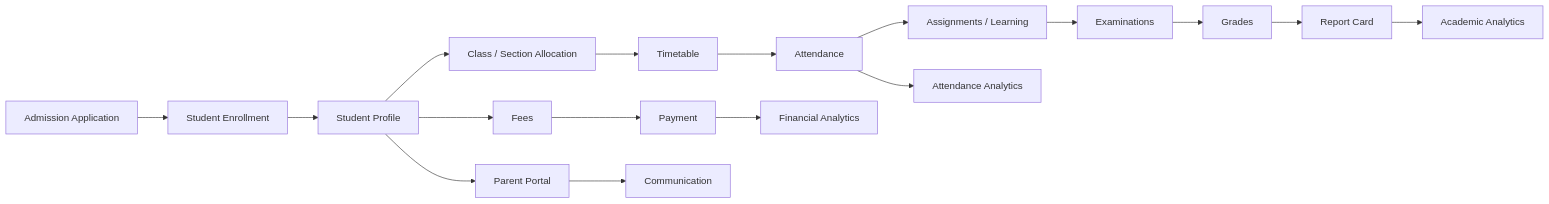
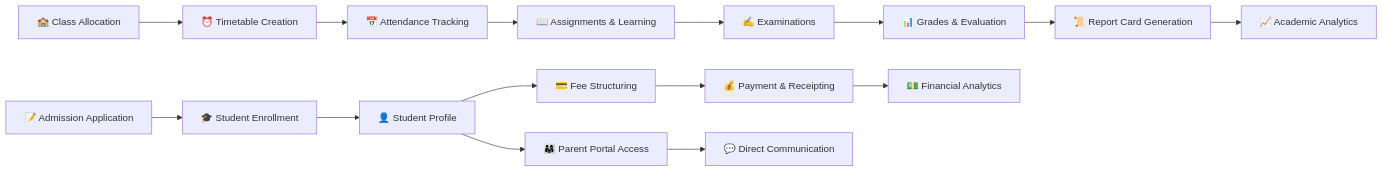
One commit to ishandutta2007/Awesome-School-Management changed the second of 2 diagrams in README.md. Above: the diagram before and after it, drawn with Mermaid. The commit also changed other lines of this file, not shown here.

````diff
--- a/README.md
+++ b/README.md
@@ -574,23 +200,21 @@
 ```mermaid
 flowchart LR
-    A[Admission Application] --> B[Student Enrollment]
-    B --> C[Student Profile]
-    C --> D[Class / Section Allocation]
-    D --> E[Timetable]
+    A[📝 Admission Application] --> B[🎓 Student Enrollment]
+    B --> C[👤 Student Profile]
+    D[🏫 Class Allocation] --> E[⏰ Timetable Creation]
 
-    E --> F[Attendance]
-    F --> G[Assignments / Learning]
-    G --> H[Examinations]
-    H --> I[Grades]
-    I --> J[Report Card]
+    E --> F[📅 Attendance Tracking]
+    F --> G[📖 Assignments & Learning]
+    G --> H[✍️ Examinations]
+    H --> I[📊 Grades & Evaluation]
+    I --> J[📜 Report Card Generation]
 
-    C --> K[Fees]
-    K --> L[Payment]
+    C --> K[💳 Fee Structuring]
+    K --> L[💰 Payment & Receipting]
 
-    C --> M[Parent Portal]
-    M --> N[Communication]
+    C --> M[👨‍👩‍👧 Parent Portal Access]
+    M --> N[💬 Direct Communication]
 
-    J --> O[Academic Analytics]
-    L --> P[Financial Analytics]
-    F --> Q[Attendance Analytics]
+    J --> O[📈 Academic Analytics]
+    L --> P[💵 Financial Analytics]
 ```
````
